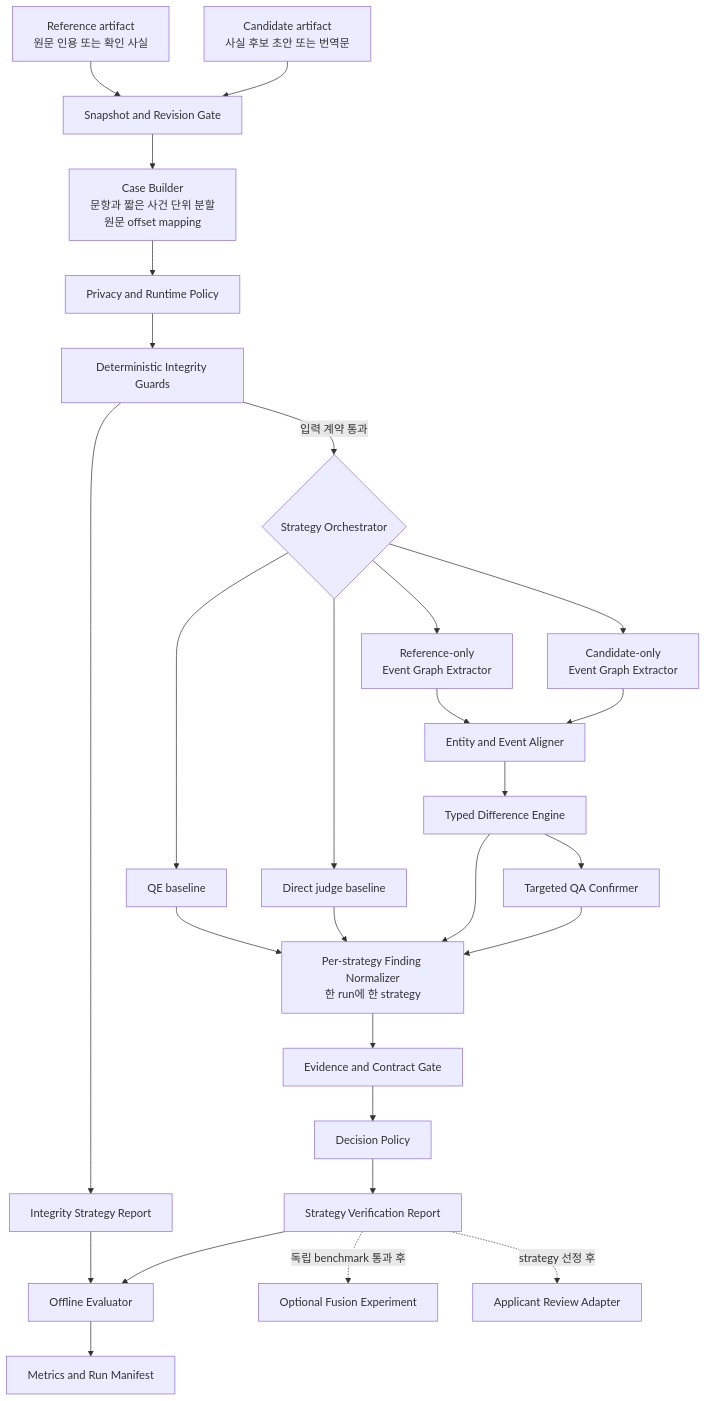
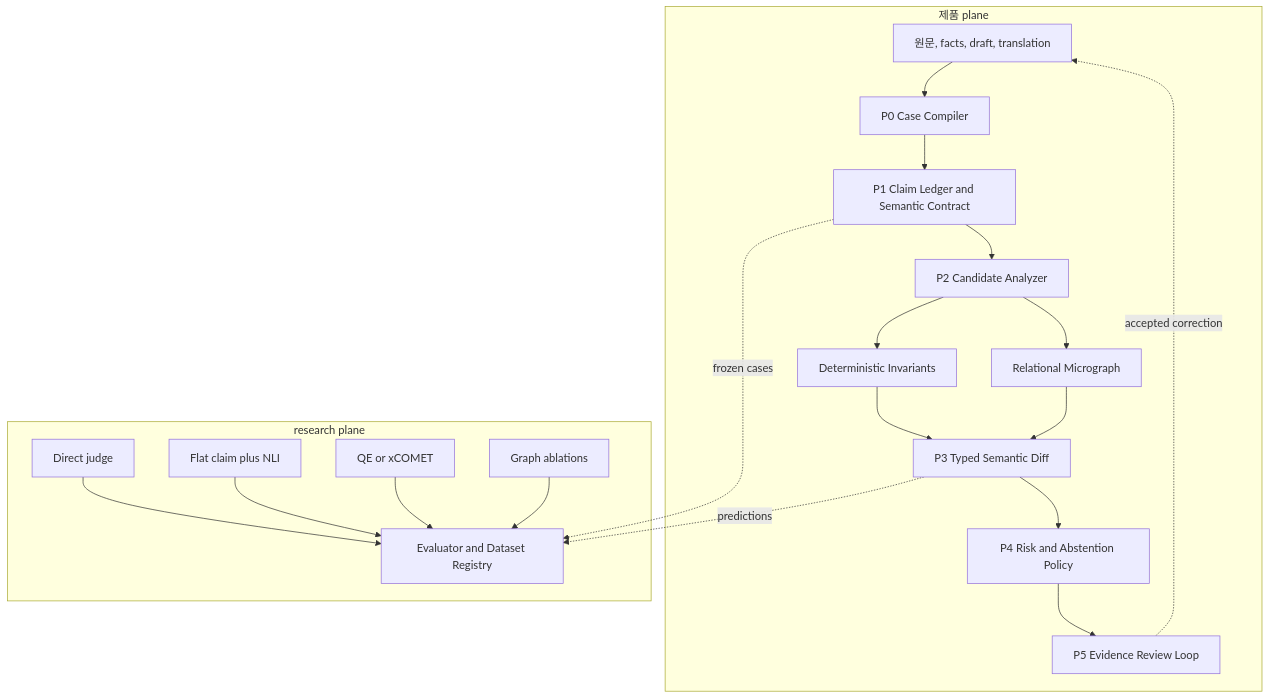
Before and after one commit to woojin0220/2026-TechForImpact-DARI: the second of 3 diagrams in experiments/verification/ARCHITECTURE.md, drawn with Mermaid. The commit also changed other lines of this file and 6 other files, not shown here.

Commit message:
docs: redesign verification architecture around claim lineage

````diff
--- a/experiments/verification/ARCHITECTURE.md
+++ b/experiments/verification/ARCHITECTURE.md
@@ -80,38 +56,34 @@
 ```mermaid
 flowchart TB
-    R[Reference artifact<br/>원문 인용 또는 확인 사실]
-    C[Candidate artifact<br/>사실 후보 초안 또는 번역문]
-    R --> G[Snapshot and Revision Gate]
-    C --> G
-    G --> B[Case Builder<br/>문항과 짧은 사건 단위 분할<br/>원문 offset mapping]
-    B --> P[Privacy and Runtime Policy]
+    subgraph Product[제품 plane]
+        A[원문, facts, draft, translation]
+        B[P0 Case Compiler]
+        C[P1 Claim Ledger and Semantic Contract]
+        D[P2 Candidate Analyzer]
+        E1[Deterministic Invariants]
+        E2[Relational Micrograph]
+        F[P3 Typed Semantic Diff]
+        G[P4 Risk and Abstention Policy]
+        H[P5 Evidence Review Loop]
+        A --> B --> C --> D
+        D --> E1 --> F
+        D --> E2 --> F
+        F --> G --> H
+        H -. accepted correction .-> A
+    end
 
-    P --> K[Deterministic Integrity Guards]
-    K --> KG[Integrity Strategy Report]
-    K -->|입력 계약 통과| O{Strategy Orchestrator}
+    subgraph Research[research plane]
+        R1[Direct judge]
+        R2[Flat claim plus NLI]
+        R3[QE or xCOMET]
+        R4[Graph ablations]
+        R5[Evaluator and Dataset Registry]
+        R1 --> R5
+        R2 --> R5
+        R3 --> R5
+        R4 --> R5
+    end
 
-    O --> Q[QE baseline]
-    O --> J[Direct judge baseline]
-    O --> GS[Reference-only<br/>Event Graph Extractor]
-    O --> GT[Candidate-only<br/>Event Graph Extractor]
-
-    GS --> A[Entity and Event Aligner]
-    GT --> A
-    A --> D[Typed Difference Engine]
-    D --> X[Targeted QA Confirmer]
-
-    Q --> N
-    J --> N
-    D --> N
-    X --> N
-
-    N[Per-strategy Finding Normalizer<br/>한 run에 한 strategy] --> E[Evidence and Contract Gate]
-    E --> Z[Decision Policy]
-    Z --> REP[Strategy Verification Report]
-
-    KG --> EV[Offline Evaluator]
-    REP --> EV
-    EV --> MET[Metrics and Run Manifest]
-    REP -. 독립 benchmark 통과 후 .-> FUS[Optional Fusion Experiment]
-    REP -. strategy 선정 후 .-> U[Applicant Review Adapter]
+    C -. frozen cases .-> R5
+    F -. predictions .-> R5
 ```
````
